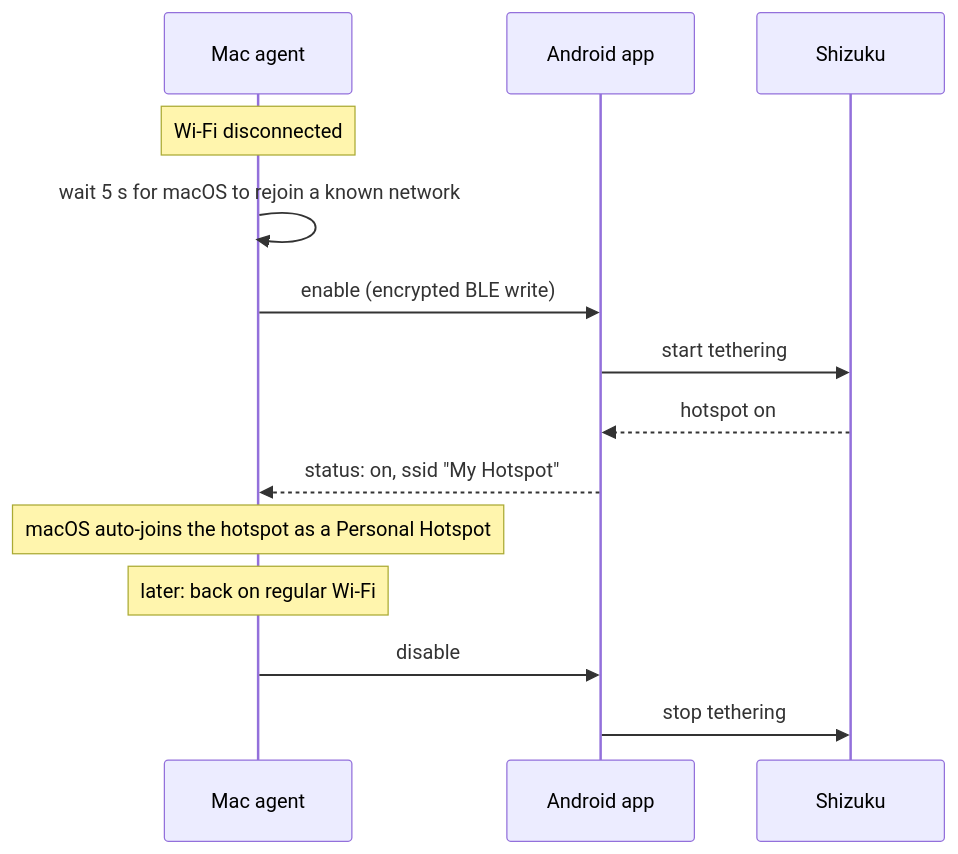
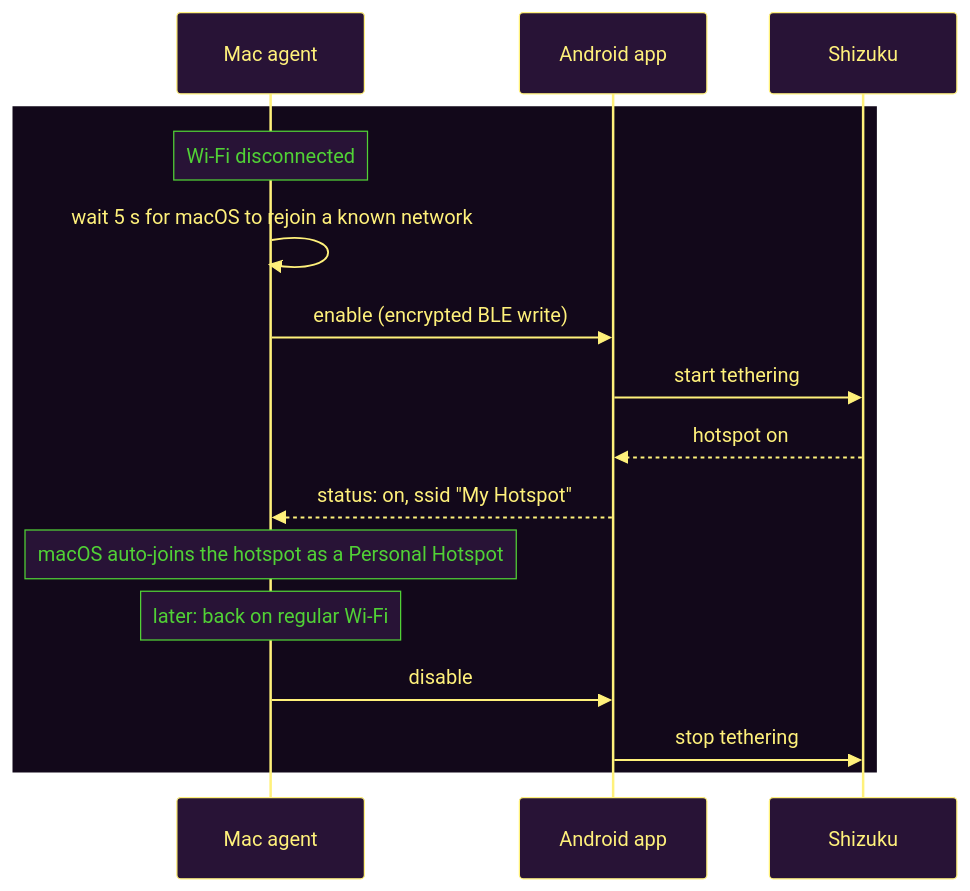
Before and after one commit to xav-ie/Tetherbug: the first of 2 diagrams in README.md, drawn with Mermaid. The commit also changed other lines of this file, not shown here.

First line of the commit message:
docs: theme the mermaid diagrams and show the one agent socket

````diff
--- a/README.md
+++ b/README.md
@@ -31,16 +31,19 @@
 ```mermaid
+%%{init: {'theme': 'base', 'themeVariables': {'fontFamily': 'Helvetica, Arial, sans-serif', 'primaryColor': '#281336', 'primaryTextColor': '#fff17b', 'primaryBorderColor': '#fff17b', 'lineColor': '#fff17b', 'textColor': '#fff17b', 'clusterBkg': '#12081a', 'clusterBorder': '#51d136', 'titleColor': '#51d136', 'edgeLabelBackground': '#12081a', 'actorBkg': '#281336', 'actorBorder': '#fff17b', 'actorTextColor': '#fff17b', 'actorLineColor': '#fff17b', 'signalColor': '#fff17b', 'signalTextColor': '#fff17b', 'noteBkgColor': '#281336', 'noteTextColor': '#51d136', 'noteBorderColor': '#51d136'}}}%%
 sequenceDiagram
     participant Mac as Mac agent
     participant Phone as Android app
     participant Shizuku
-    Note over Mac: Wi-Fi disconnected
-    Mac->>Mac: wait 5 s for macOS to rejoin a known network
-    Mac->>Phone: enable (encrypted BLE write)
-    Phone->>Shizuku: start tethering
-    Shizuku-->>Phone: hotspot on
-    Phone-->>Mac: status: on, ssid "My Hotspot"
-    Note over Mac: macOS auto-joins the hotspot as a Personal Hotspot
-    Note over Mac: later: back on regular Wi-Fi
-    Mac->>Phone: disable
-    Phone->>Shizuku: stop tethering
+    rect rgb(18, 8, 26)
+        Note over Mac: Wi-Fi disconnected
+        Mac->>Mac: wait 5 s for macOS to rejoin a known network
+        Mac->>Phone: enable (encrypted BLE write)
+        Phone->>Shizuku: start tethering
+        Shizuku-->>Phone: hotspot on
+        Phone-->>Mac: status: on, ssid "My Hotspot"
+        Note over Mac: macOS auto-joins the hotspot as a Personal Hotspot
+        Note over Mac: later: back on regular Wi-Fi
+        Mac->>Phone: disable
+        Phone->>Shizuku: stop tethering
+    end
 ```
````
